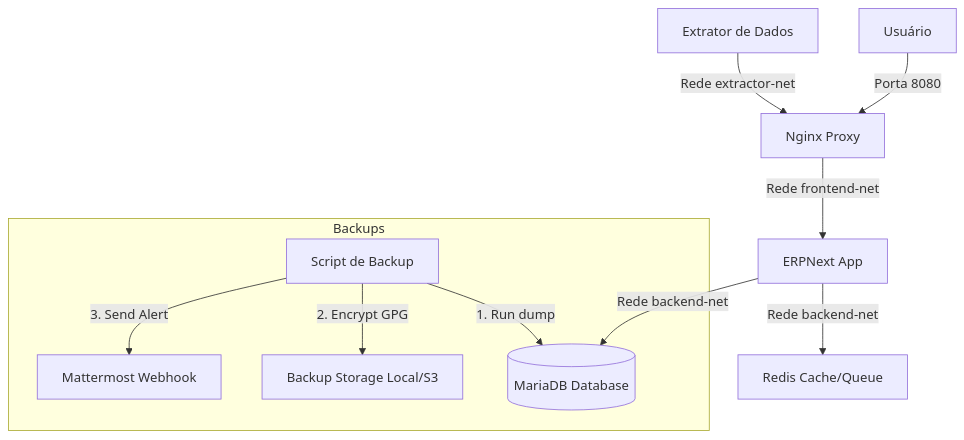
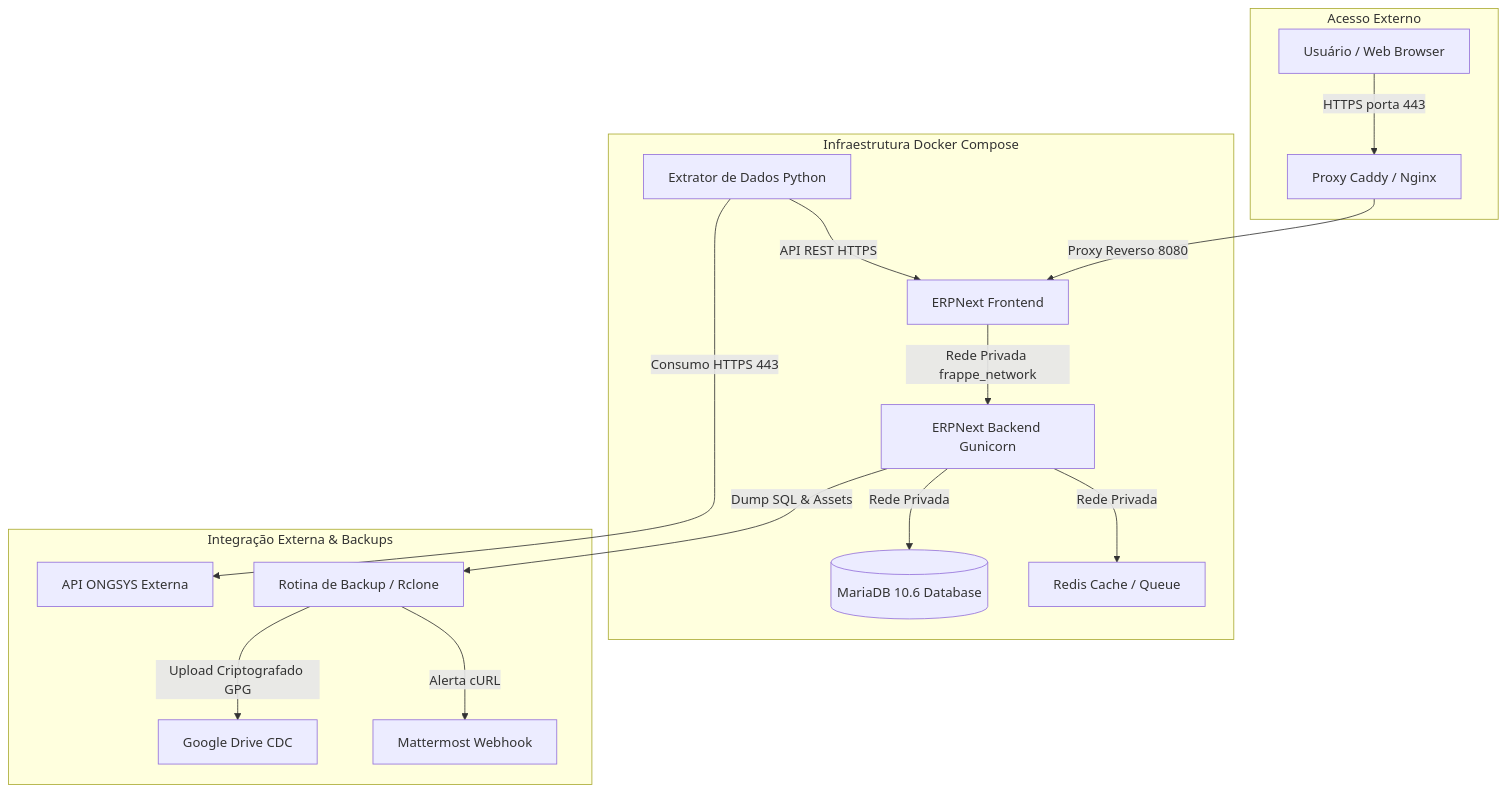
Before and after one commit to dxcdc/ERPNext: the diagram in README.md, drawn with Mermaid. The commit also changed other lines of this file and 5 other files, not shown here.

````diff
--- a/README.md
+++ b/README.md
@@ -15,14 +15,22 @@
 ```mermaid
 flowchart TD
-    U[Usuário] -->|Porta 8080| N[Nginx Proxy]
-    N -->|Rede frontend-net| A[ERPNext App]
-    A -->|Rede backend-net| D[(MariaDB Database)]
-    A -->|Rede backend-net| R[Redis Cache/Queue]
-    E[Extrator de Dados] -->|Rede extractor-net| N
-    
-    subgraph Backups
-        B[Script de Backup] -->|1. Run dump| D
-        B -->|2. Encrypt GPG| V[Backup Storage Local/S3]
-        B -->|3. Send Alert| M[Mattermost Webhook]
+    subgraph Acesso Externo
+        U[Usuário / Web Browser] -->|HTTPS porta 443| C[Proxy Caddy / Nginx]
+    end
+
+    subgraph Infraestrutura Docker Compose
+        C -->|Proxy Reverso 8080| F[ERPNext Frontend]
+        F -->|Rede Privada frappe_network| B[ERPNext Backend Gunicorn]
+        B -->|Rede Privada| DB[(MariaDB 10.6 Database)]
+        B -->|Rede Privada| R[Redis Cache / Queue]
+        
+        EXT[Extrator de Dados Python] -->|API REST HTTPS| F
+    end
+
+    subgraph Integração Externa & Backups
+        EXT -->|Consumo HTTPS 443| ONGSYS[API ONGSYS Externa]
+        B -->|Dump SQL & Assets| BKP[Rotina de Backup / Rclone]
+        BKP -->|Upload Criptografado GPG| GD[Google Drive CDC]
+        BKP -->|Alerta cURL| MM[Mattermost Webhook]
     end
 ```
````
